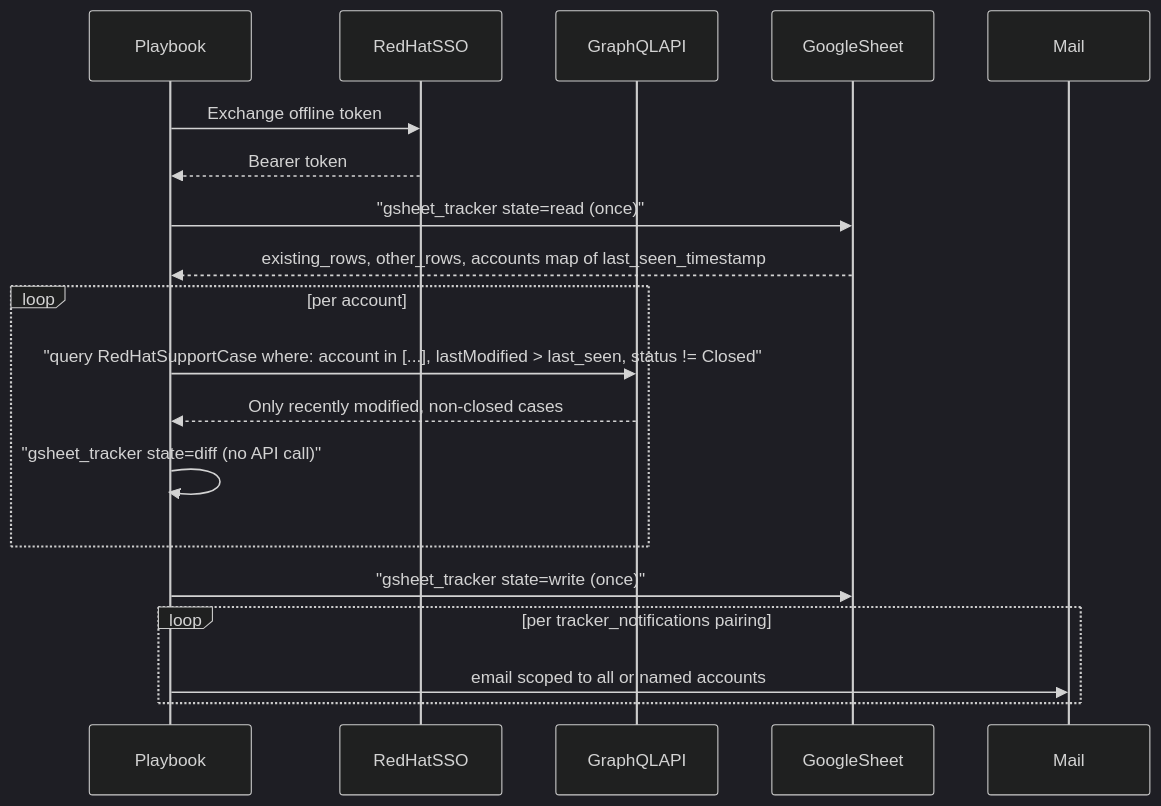
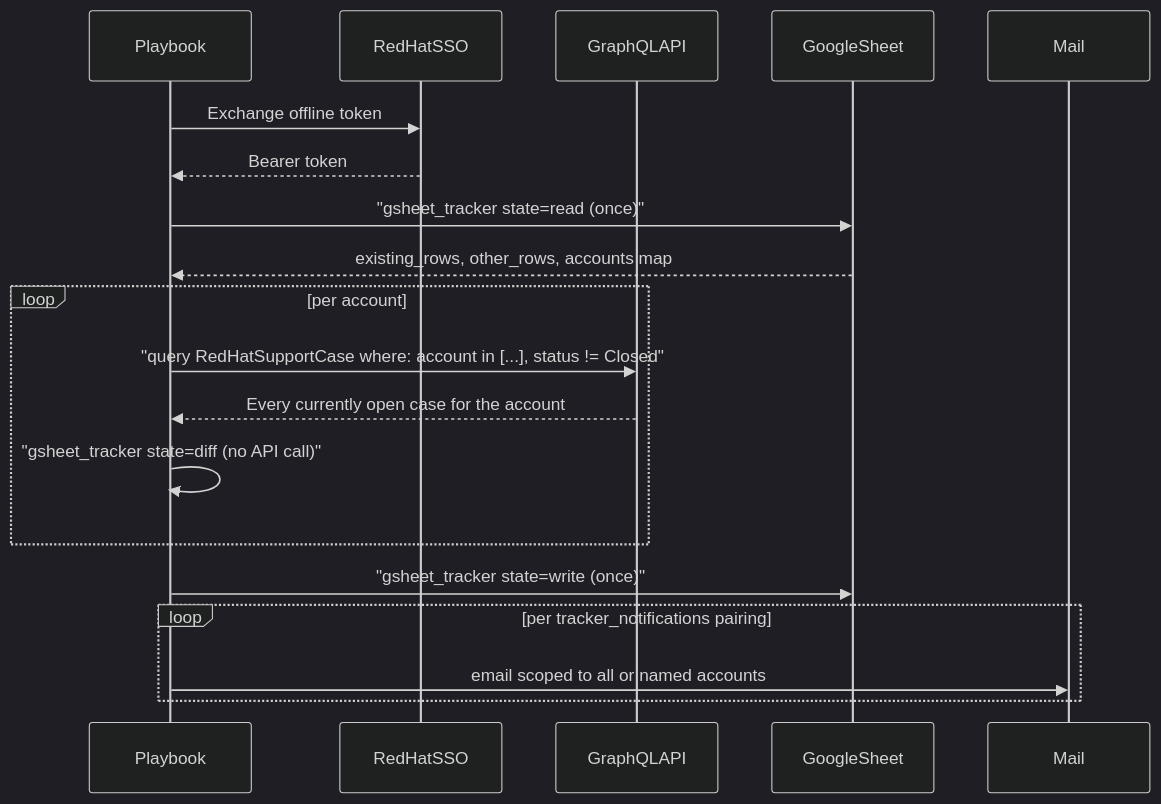
Before and after one commit to autodotes/ansible-business-process: the diagram in docs/support-tracker/DATA_FLOW.md, drawn with Mermaid (dark theme). The commit also changed other lines of this file and 4 other files, not shown here.

Commit message:
fix: classify tracker case states from full open-case snapshots

````diff
--- a/docs/support-tracker/DATA_FLOW.md
+++ b/docs/support-tracker/DATA_FLOW.md
@@ -6,23 +6,23 @@
 ```mermaid
 sequenceDiagram
   participant Playbook
   participant SSO as RedHatSSO
   participant GQL as GraphQLAPI
   participant Sheet as GoogleSheet
   participant Mail
 
   Playbook->>SSO: Exchange offline token
   SSO-->>Playbook: Bearer token
 
   Playbook->>Sheet: "gsheet_tracker state=read (once)"
-  Sheet-->>Playbook: existing_rows, other_rows, accounts map of last_seen_timestamp
+  Sheet-->>Playbook: existing_rows, other_rows, accounts map
   loop per account
-    Playbook->>GQL: "query RedHatSupportCase where: account in [...], lastModified > last_seen, status != Closed"
-    GQL-->>Playbook: Only recently modified, non-closed cases
+    Playbook->>GQL: "query RedHatSupportCase where: account in [...], status != Closed"
+    GQL-->>Playbook: Every currently open case for the account
     Playbook->>Playbook: "gsheet_tracker state=diff (no API call)"
   end
   Playbook->>Sheet: "gsheet_tracker state=write (once)"
   loop per tracker_notifications pairing
     Playbook->>Mail: email scoped to all or named accounts
   end
 ```
````
